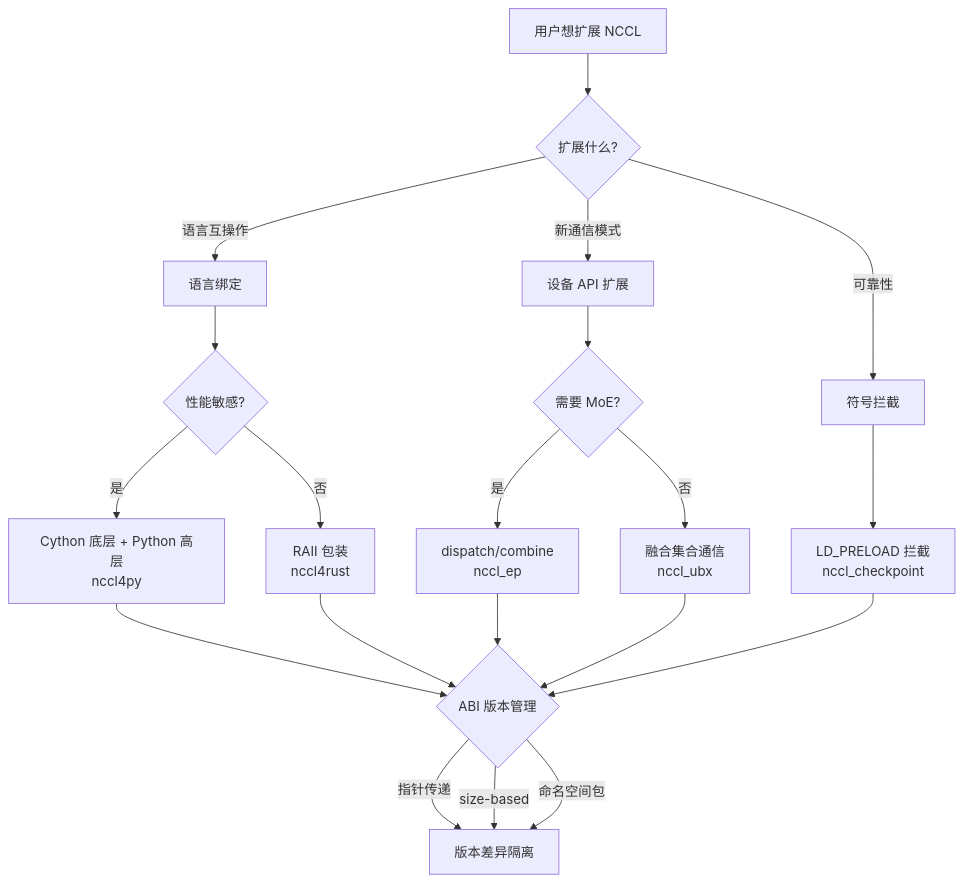
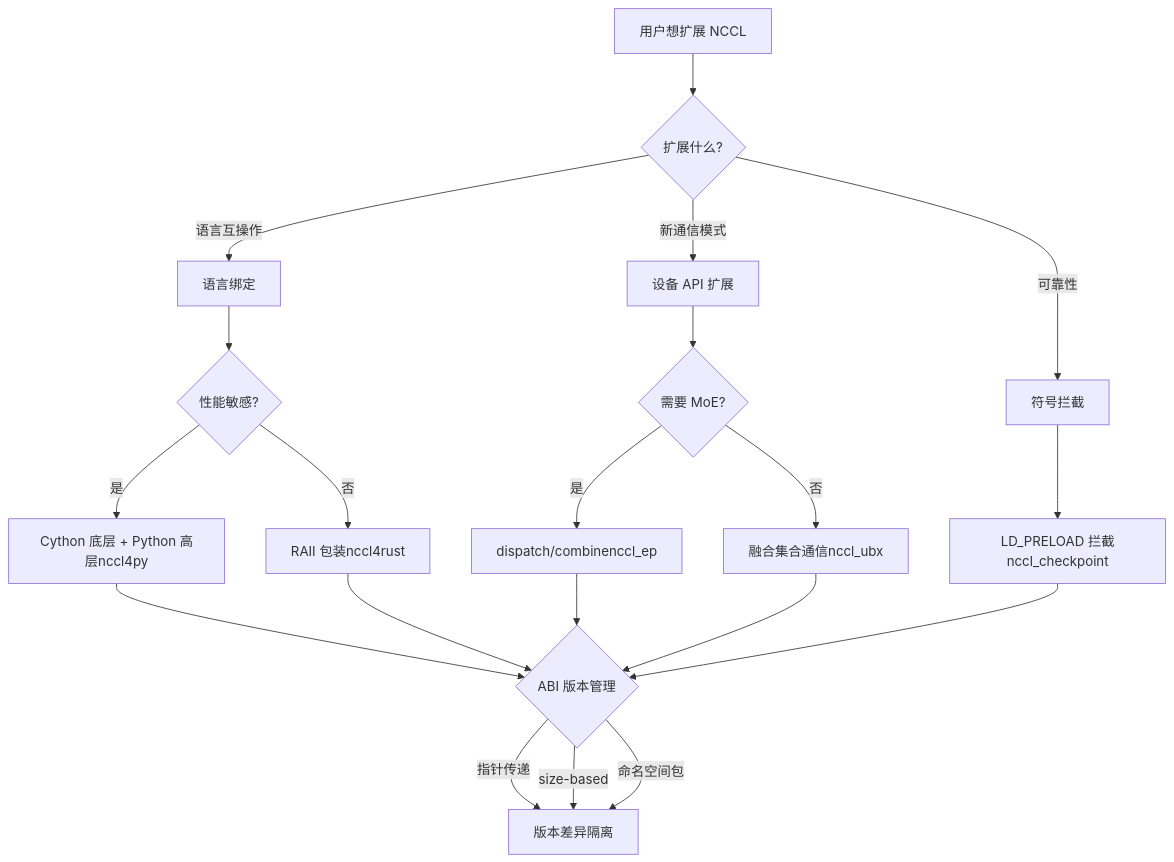
The second of 2 diagrams in books/nccl/en/23-ecosystem-nccl4py-nccl4rust-nccl-ep.md (maleRjc/AiReadCodeBooks), drawn with Mermaid before and after one commit. The commit also changed other lines of this file and 80 other files, not shown here.

````diff
--- a/books/nccl/en/23-ecosystem-nccl4py-nccl4rust-nccl-ep.md
+++ b/books/nccl/en/23-ecosystem-nccl4py-nccl4rust-nccl-ep.md
@@ -343,22 +370,22 @@
 ```mermaid
 flowchart TD
     start["用户想扩展 NCCL"] --> q1{"扩展什么?"}
     q1 -->|"语言互操作"| lang["语言绑定"]
     q1 -->|"新通信模式"| dev["设备 API 扩展"]
     q1 -->|"可靠性"| ckpt["符号拦截"]
     lang --> q2{"性能敏感?"}
-    q2 -->|"是"| cython["Cython 底层 + Python 高层<br/>nccl4py"]
-    q2 -->|"否"| raii["RAII 包装<br/>nccl4rust"]
+    q2 -->|"是"| cython["Cython 底层 + Python 高层nccl4py"]
+    q2 -->|"否"| raii["RAII 包装nccl4rust"]
     dev --> q3{"需要 MoE?"}
-    q3 -->|"是"| ep["dispatch/combine<br/>nccl_ep"]
-    q3 -->|"否"| ubx["融合集合通信<br/>nccl_ubx"]
-    ckpt --> preload["LD_PRELOAD 拦截<br/>nccl_checkpoint"]
+    q3 -->|"是"| ep["dispatch/combinenccl_ep"]
+    q3 -->|"否"| ubx["融合集合通信nccl_ubx"]
+    ckpt --> preload["LD_PRELOAD 拦截nccl_checkpoint"]
     cython --> abi{"ABI 版本管理"}
     raii --> abi
     ep --> abi
     ubx --> abi
     preload --> abi
     abi -->|"指针传递"| safe["版本差异隔离"]
     abi -->|"size-based"| safe
     abi -->|"命名空间包"| safe
 ```
````
